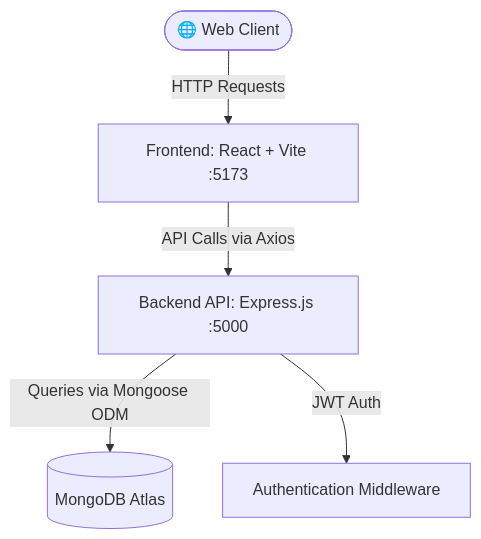
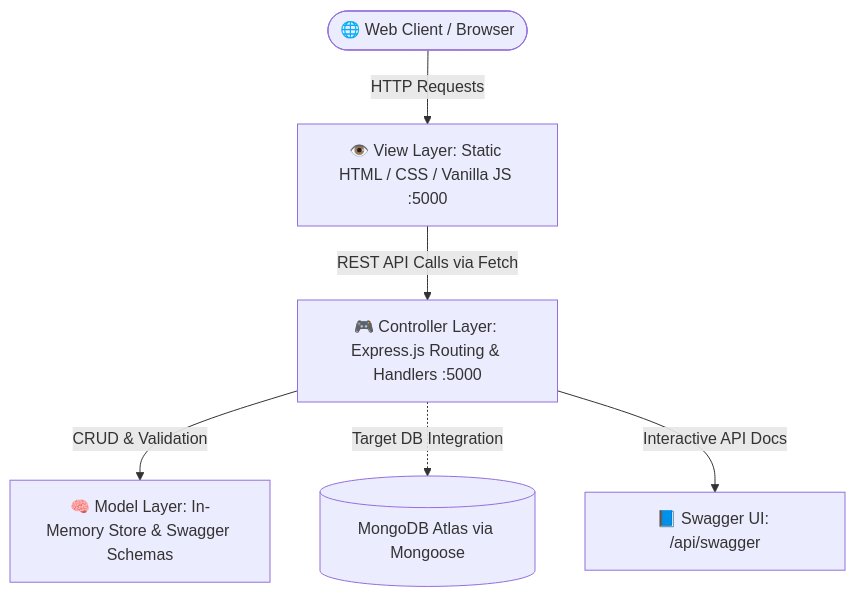
One commit to mehmetrasid0/Alumni changed the first of 4 diagrams in README.md. Above: the diagram before and after it, drawn with Mermaid. The commit also changed other lines of this file and 1 other file, not shown here.

First line of the commit message:
docs(w4): formalize MVC architecture, add weekly tracker and Postman test suite

````diff
--- a/README.md
+++ b/README.md
@@ -50,7 +150,8 @@
 ```mermaid
 graph TD
-    User(["🌐 Web Client"]) -->|HTTP Requests| Frontend["Frontend: React + Vite :5173"]
-    Frontend -->|API Calls via Axios| Backend["Backend API: Express.js :5000"]
-    Backend -->|Queries via Mongoose ODM| DB[("MongoDB Atlas")]
-    Backend -->|JWT Auth| Auth["Authentication Middleware"]
+    User(["🌐 Web Client / Browser"]) -->|HTTP Requests| View["👁️ View Layer: Static HTML / CSS / Vanilla JS :5000"]
+    View -->|REST API Calls via Fetch| Controller["🎮 Controller Layer: Express.js Routing & Handlers :5000"]
+    Controller -->|CRUD & Validation| Model["🧠 Model Layer: In-Memory Store & Swagger Schemas"]
+    Controller -.->|Target DB Integration| DB[("MongoDB Atlas via Mongoose")]
+    Controller -->|Interactive API Docs| SwaggerUI["📘 Swagger UI: /api/swagger"]
 ```
````
